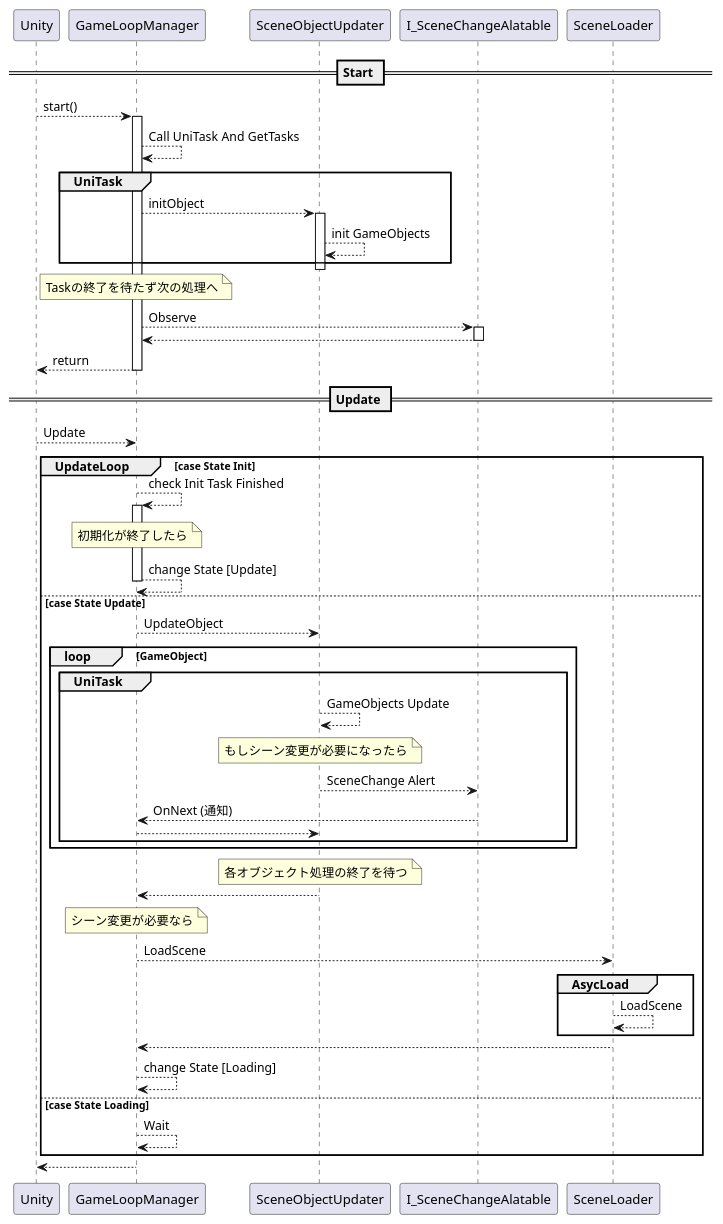
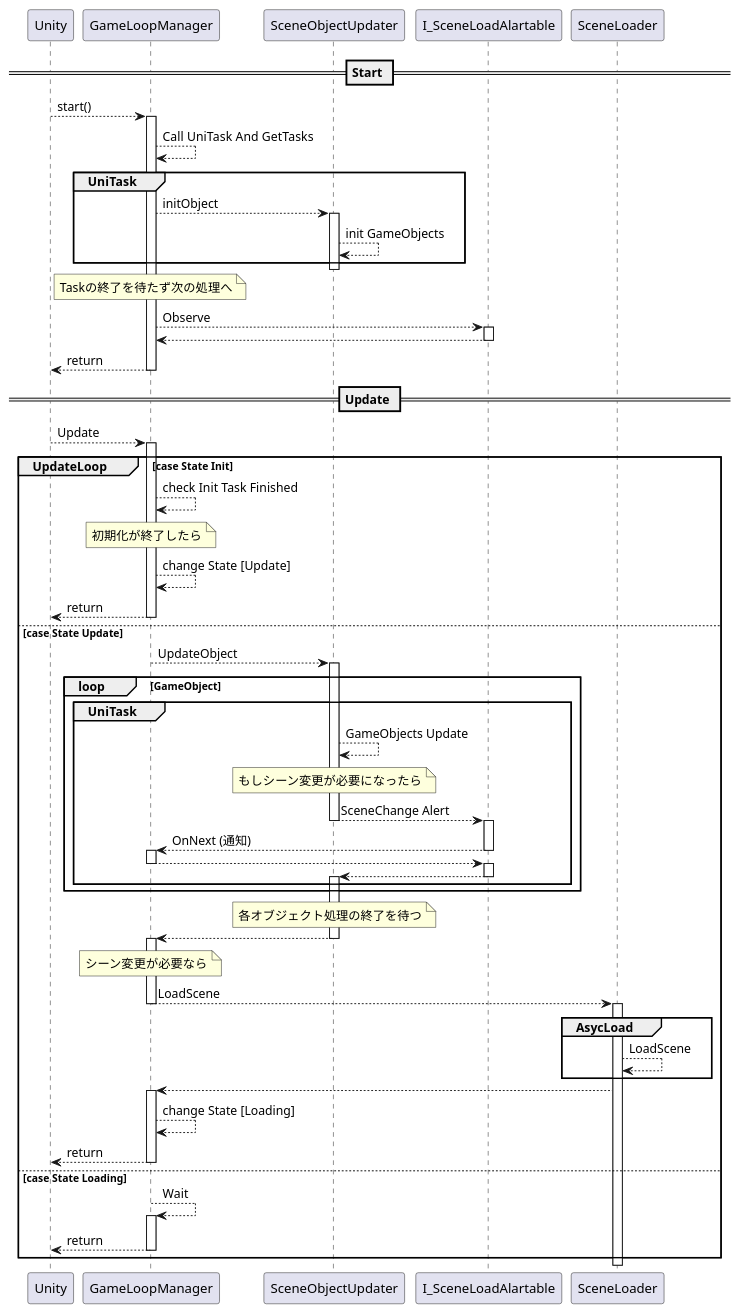
Before and after one commit to tezumozu/GameAsetsDev: the diagram in Unity/Unity1weekAsets/Assets/Script/GameSystems/Ver1.0.0/UML/GameLoop/Ver1_0/sequence/GameLoopSequence.pu, drawn with PlantUML. The commit also changed 29 other files, not shown here.

Commit message:
update UML

```diff
--- a/Unity/Unity1weekAsets/Assets/Script/GameSystems/Ver1.0.0/UML/GameLoop/Ver1_0/sequence/GameLoopSequence.pu
+++ b/Unity/Unity1weekAsets/Assets/Script/GameSystems/Ver1.0.0/UML/GameLoop/Ver1_0/sequence/GameLoopSequence.pu
@@ -1,65 +1,89 @@
 @startuml ゲームループ
 
     
 == Start ==
 
     Unity --> GameLoopManager : start()
     activate GameLoopManager
 
     GameLoopManager --> GameLoopManager : Call UniTask And GetTasks
     group UniTask 
         GameLoopManager --> SceneObjectUpdater :initObject
         activate SceneObjectUpdater
         SceneObjectUpdater --> SceneObjectUpdater : init GameObjects
     end
     deactivate SceneObjectUpdater
 
     note over GameLoopManager : Taskの終了を待たず次の処理へ
-    GameLoopManager --> I_SceneChangeAlatable : Observe
-    activate I_SceneChangeAlatable
-    I_SceneChangeAlatable --> GameLoopManager
-    deactivate I_SceneChangeAlatable
+    GameLoopManager --> I_SceneLoadAlartable : Observe
+    activate I_SceneLoadAlartable
+    I_SceneLoadAlartable --> GameLoopManager
+    deactivate I_SceneLoadAlartable
 
 
     GameLoopManager --> Unity :return
     deactivate GameLoopManager
 
 == Update ==
 
     Unity --> GameLoopManager : Update
 
     group UpdateLoop [case State Init]
+        activate GameLoopManager
+        GameLoopManager --> GameLoopManager : check Init Task Finished
         
-        GameLoopManager --> GameLoopManager : check Init Task Finished
-        activate GameLoopManager
         note over GameLoopManager : 初期化が終了したら
         GameLoopManager --> GameLoopManager : change State [Update]
+        GameLoopManager --> Unity : return
         deactivate GameLoopManager
 
     else case State Update
+        
         GameLoopManager --> SceneObjectUpdater : UpdateObject
+        activate SceneObjectUpdater
         group loop [GameObject]
             group UniTask
                 SceneObjectUpdater --> SceneObjectUpdater : GameObjects Update
                 note over SceneObjectUpdater : もしシーン変更が必要になったら
-                SceneObjectUpdater --> I_SceneChangeAlatable : SceneChange Alert
-                I_SceneChangeAlatable --> GameLoopManager : OnNext (通知) 
-                GameLoopManager --> SceneObjectUpdater
+                SceneObjectUpdater --> I_SceneLoadAlartable : SceneChange Alert
+                deactivate SceneObjectUpdater
+                activate I_SceneLoadAlartable
+                I_SceneLoadAlartable --> GameLoopManager : OnNext (通知) 
+                deactivate I_SceneLoadAlartable
+                activate GameLoopManager
+                GameLoopManager --> I_SceneLoadAlartable
+                deactivate GameLoopManager
+                activate I_SceneLoadAlartable
+                I_SceneLoadAlartable --> SceneObjectUpdater
+                deactivate I_SceneLoadAlartable
+                activate SceneObjectUpdater
             end
         end
         note over SceneObjectUpdater : 各オブジェクト処理の終了を待つ
         SceneObjectUpdater --> GameLoopManager
+        deactivate SceneObjectUpdater
+        activate GameLoopManager
         note over GameLoopManager : シーン変更が必要なら
         GameLoopManager --> SceneLoader : LoadScene
+        deactivate GameLoopManager
+        activate SceneLoader
         group AsycLoad
             SceneLoader --> SceneLoader : LoadScene
         end
+        
         SceneLoader --> GameLoopManager
+        activate GameLoopManager
         GameLoopManager --> GameLoopManager : change State [Loading]
+        GameLoopManager --> Unity : return
+        deactivate GameLoopManager
+
     else case State Loading
+        
         GameLoopManager --> GameLoopManager : Wait
-
+        activate GameLoopManager
+        GameLoopManager --> Unity : return
+        deactivate GameLoopManager
     end
-    GameLoopManager --> Unity
+    
 
 @enduml
```
